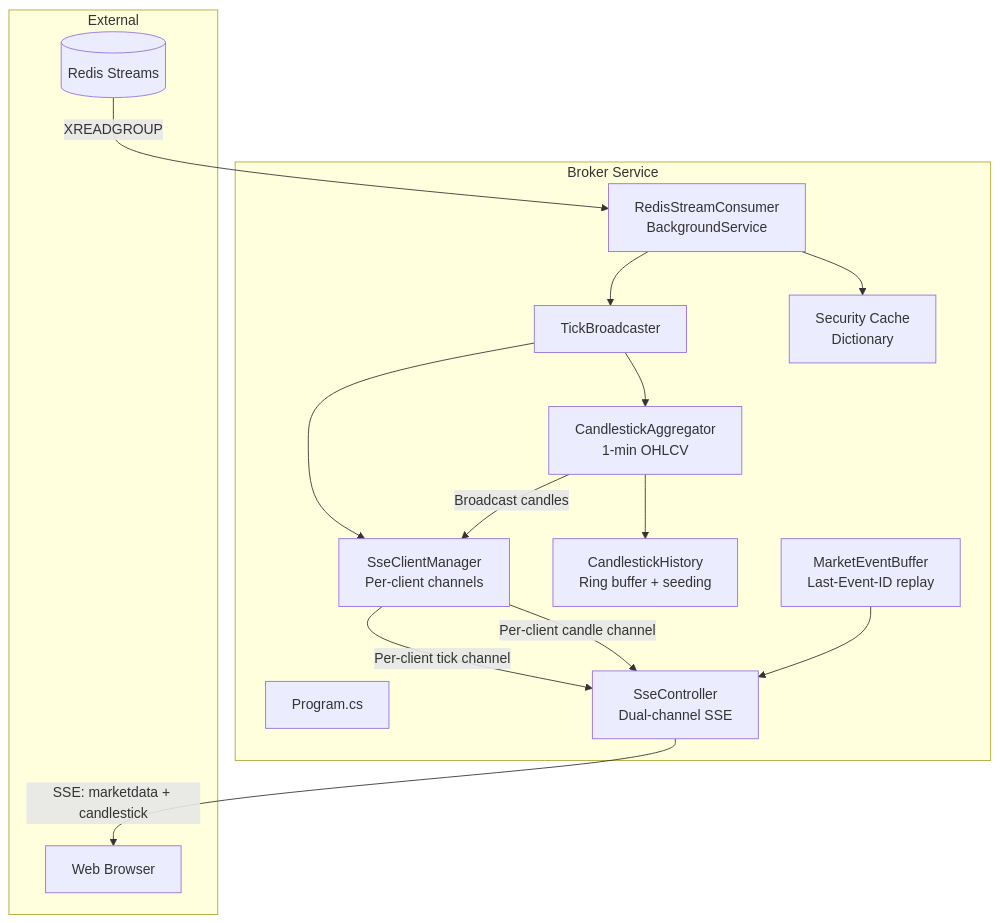
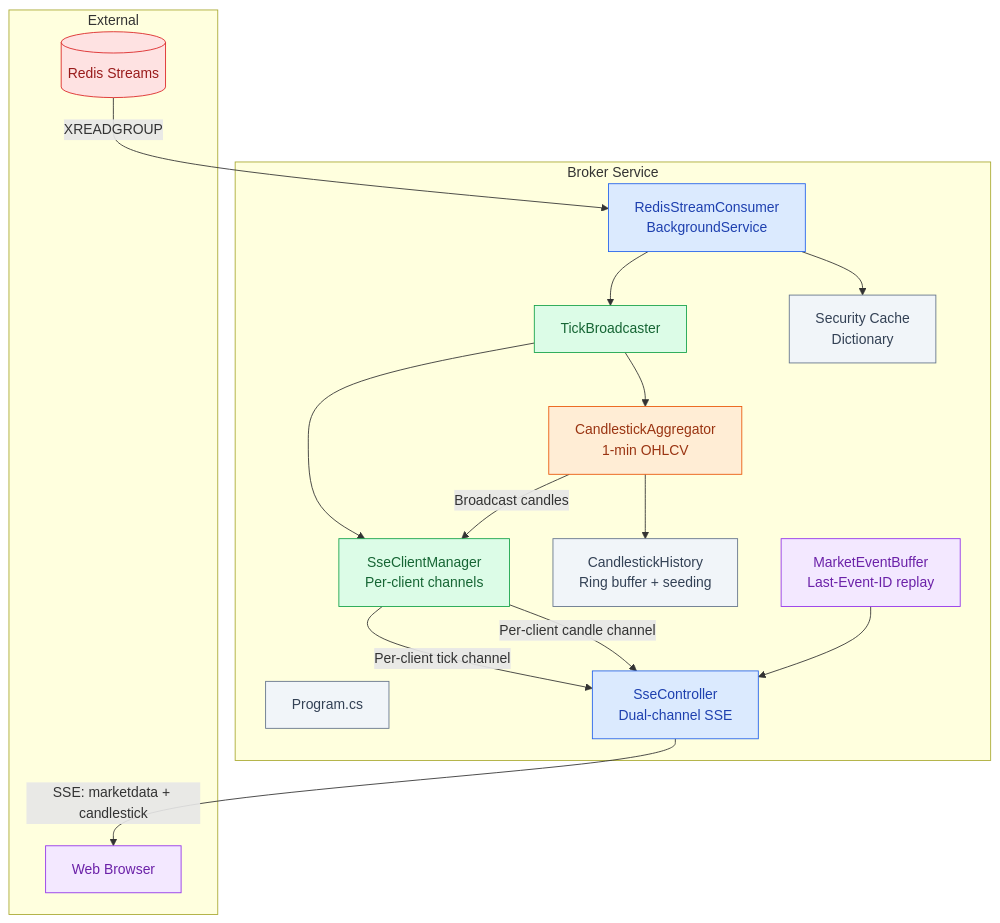
One commit to raj-champion-trader/rajchampaneriya.github.io changed the fifth of 10 diagrams in hugo-site/content/projects/stock-market-simulator/index.md. Above: the diagram before and after it, drawn with Mermaid. The commit also changed other lines of this file and 5 other files, not shown here.

First line of the commit message:
Enhance Mermaid Diagrams with Semantic Color Classes and Dark Mode Support

````diff
--- a/hugo-site/content/projects/stock-market-simulator/index.md
+++ b/hugo-site/content/projects/stock-market-simulator/index.md
@@ -186,31 +206,38 @@
 ```mermaid
 flowchart TB
+    classDef primary fill:#dbeafe,stroke:#2563eb,color:#1e40af
+    classDef secondary fill:#dcfce7,stroke:#16a34a,color:#166534
+    classDef accent fill:#ffedd5,stroke:#ea580c,color:#9a3412
+    classDef highlight fill:#f3e8ff,stroke:#9333ea,color:#6b21a8
+    classDef danger fill:#fee2e2,stroke:#dc2626,color:#991b1b
+    classDef neutral fill:#f1f5f9,stroke:#64748b,color:#334155
+
     subgraph BrokerServiceContainer["Broker Service"]
-        Program["Program.cs"]
-        RedisConsumer["RedisStreamConsumer<br/>BackgroundService"]
-        TickBroadcaster["TickBroadcaster"]
-        ClientManager["SseClientManager<br/>Per-client channels"]
-        Aggregator["CandlestickAggregator<br/>1-min OHLCV"]
-        CandleHistory["CandlestickHistory<br/>Ring buffer + seeding"]
-        EventBuffer["MarketEventBuffer<br/>Last-Event-ID replay"]
-        SseController["SseController<br/>Dual-channel SSE"]
-        SecurityCache["Security Cache<br/>Dictionary"]
+        Program["Program.cs"]:::neutral
+        RedisConsumer["RedisStreamConsumer<br/>BackgroundService"]:::primary
+        TickBroadcaster["TickBroadcaster"]:::secondary
+        ClientManager["SseClientManager<br/>Per-client channels"]:::secondary
+        Aggregator["CandlestickAggregator<br/>1-min OHLCV"]:::accent
+        CandleHistory["CandlestickHistory<br/>Ring buffer + seeding"]:::neutral
+        EventBuffer["MarketEventBuffer<br/>Last-Event-ID replay"]:::highlight
+        SseController["SseController<br/>Dual-channel SSE"]:::primary
+        SecurityCache["Security Cache<br/>Dictionary"]:::neutral
     end
 
     subgraph External["External"]
-        Redis[("Redis Streams")]
-        Browser["Web Browser"]
+        Redis[("Redis Streams")]:::danger
+        Browser["Web Browser"]:::highlight
     end
 
-    Redis -->|XREADGROUP| RedisConsumer
+    Redis -->|"XREADGROUP"| RedisConsumer
     RedisConsumer --> SecurityCache
     RedisConsumer --> TickBroadcaster
     TickBroadcaster --> ClientManager
     TickBroadcaster --> Aggregator
     Aggregator --> CandleHistory
-    Aggregator -->|Broadcast candles| ClientManager
-    ClientManager -->|Per-client tick channel| SseController
-    ClientManager -->|Per-client candle channel| SseController
+    Aggregator -->|"Broadcast candles"| ClientManager
+    ClientManager -->|"Per-client tick channel"| SseController
+    ClientManager -->|"Per-client candle channel"| SseController
     EventBuffer --> SseController
-    SseController -->|SSE: marketdata + candlestick| Browser
+    SseController -->|"SSE: marketdata + candlestick"| Browser
 ```
````
